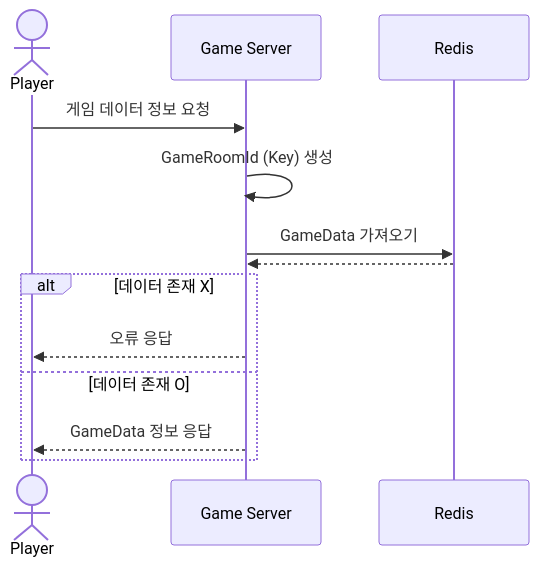
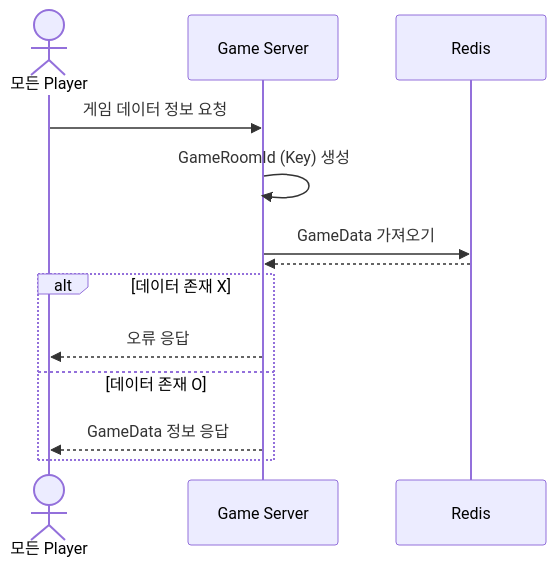
One commit to yujinS0/Omok-Game changed the fourth of 4 diagrams in SequenceDiagram/GamePlay.md. Above: the diagram before and after it, drawn with Mermaid. The commit also changed other lines of this file, not shown here.

````diff
--- a/SequenceDiagram/GamePlay.md
+++ b/SequenceDiagram/GamePlay.md
@@ -86,16 +87,16 @@
 ```mermaid
 sequenceDiagram
-	actor P as Player
+	actor P as 모든 Player
 	participant G as Game Server
   	participant R as Redis
 
 	P ->> G: 게임 데이터 정보 요청
 	G ->> G : GameRoomId (Key) 생성
 	G ->> R : GameData 가져오기
 	R-->>G: 
 	alt 데이터 존재 X
 		G-->>P: 오류 응답
 	else 데이터 존재 O
 		G -->> P : GameData 정보 응답
 	end
 ```
````
